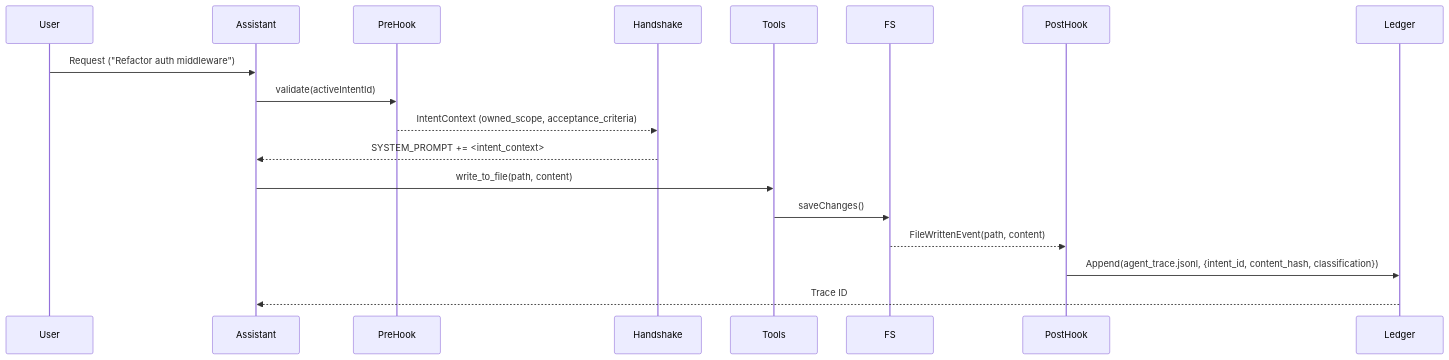
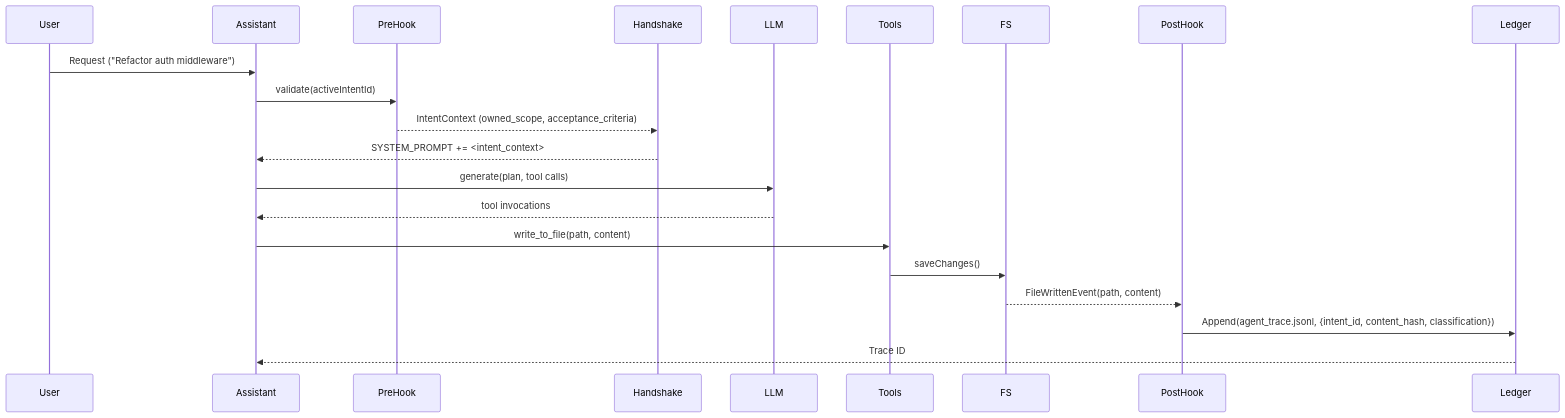
One commit to RooCodeInc/Roo-Code changed the diagram in diagrams/sequence.mmd. Above: the diagram before and after it, drawn with Mermaid. The commit also changed 10 other files, not shown here.

First line of the commit message:
hooks+docs: AST capture utility, optimistic IntentLockManager, and diagram exports (#10)

```diff
--- a/diagrams/sequence.mmd
+++ b/diagrams/sequence.mmd
@@ -1,20 +1,23 @@
 %% Mermaid Sequence Diagram: Tool execution flow with hooks
 sequenceDiagram
   participant User
   participant Assistant
   participant PreHook
   participant Handshake
+  participant LLM
   participant Tools
   participant FS
   participant PostHook
   participant Ledger
 
   User->>Assistant: Request ("Refactor auth middleware")
   Assistant->>PreHook: validate(activeIntentId)
   PreHook-->>Handshake: IntentContext (owned_scope, acceptance_criteria)
   Handshake-->>Assistant: SYSTEM_PROMPT += <intent_context>
+  Assistant->>LLM: generate(plan, tool calls)
+  LLM-->>Assistant: tool invocations
   Assistant->>Tools: write_to_file(path, content)
   Tools->>FS: saveChanges()
   FS-->>PostHook: FileWrittenEvent(path, content)
   PostHook->>Ledger: Append(agent_trace.jsonl, {intent_id, content_hash, classification})
   Ledger-->>Assistant: Trace ID
```
